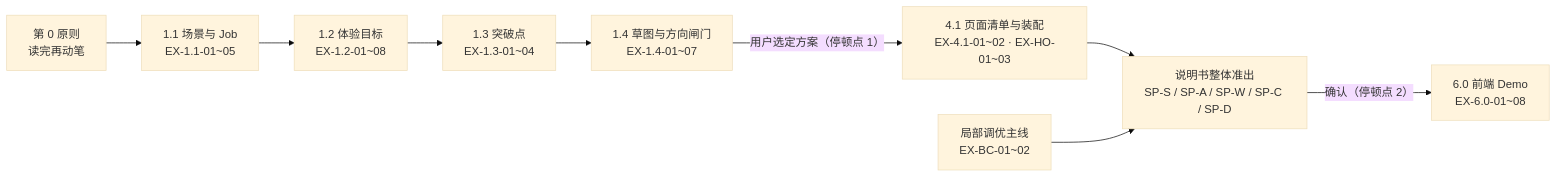
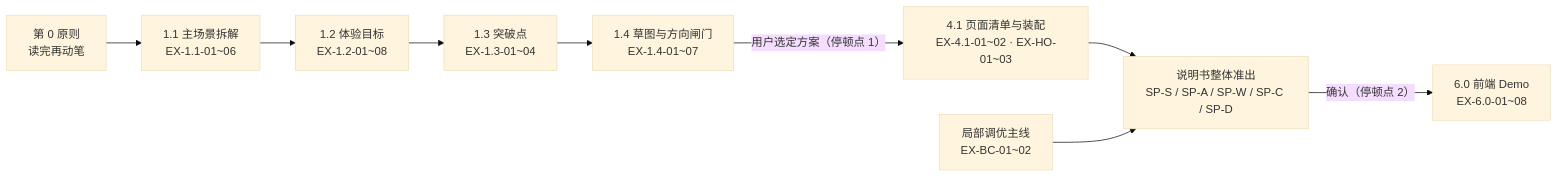
Before and after one commit to wangjue2026/skill-designer-prism: the diagram in 04-workflows-and-cases/准出门禁总表.md, drawn with Mermaid (base theme). The commit also changed other lines of this file and 24 other files, not shown here.

````diff
--- a/04-workflows-and-cases/准出门禁总表.md
+++ b/04-workflows-and-cases/准出门禁总表.md
@@ -19,11 +19,11 @@
 ```mermaid
 graph LR
-  R["第 0 原则<br/>读完再动笔"] --> A1["1.1 场景与 Job<br/>EX-1.1-01~05"]
+  R["第 0 原则<br/>读完再动笔"] --> A1["1.1 主场景拆解<br/>EX-1.1-01~06"]
   A1 --> A2["1.2 体验目标<br/>EX-1.2-01~08"]
   A2 --> A3["1.3 突破点<br/>EX-1.3-01~04"]
   A3 --> A4["1.4 草图与方向闸门<br/>EX-1.4-01~07"]
   A4 -->|"用户选定方案（停顿点 1）"| A41["4.1 页面清单与装配<br/>EX-4.1-01~02 · EX-HO-01~03"]
   A41 --> SP["说明书整体准出<br/>SP-S / SP-A / SP-W / SP-C / SP-D"]
   SP -->|"确认（停顿点 2）"| C["6.0 前端 Demo<br/>EX-6.0-01~08"]
   T["局部调优主线<br/>EX-BC-01~02"] --> SP
 ```
````
